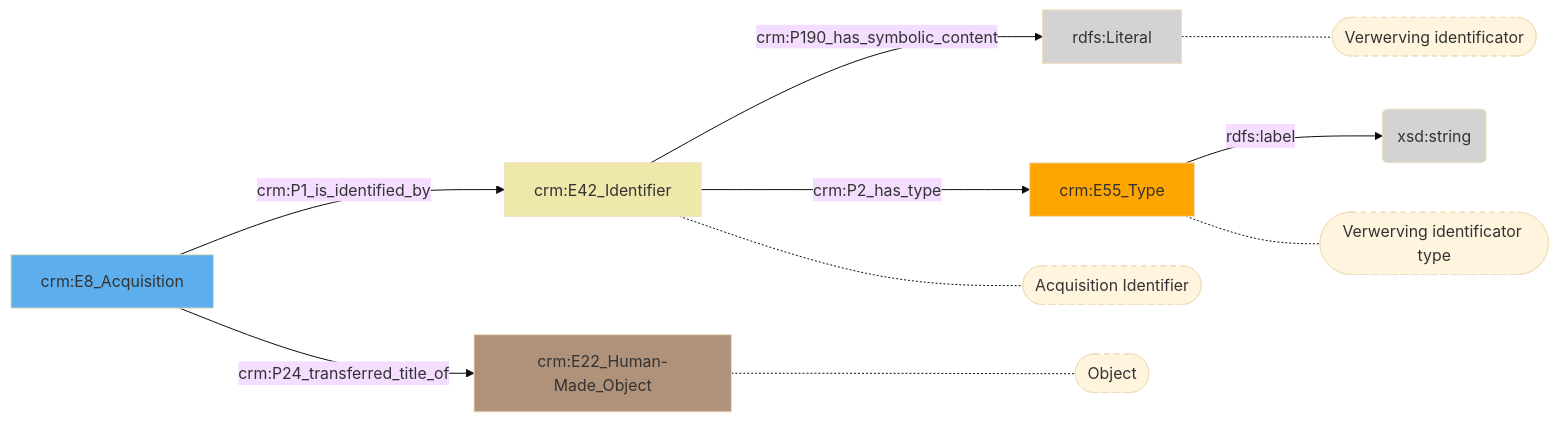
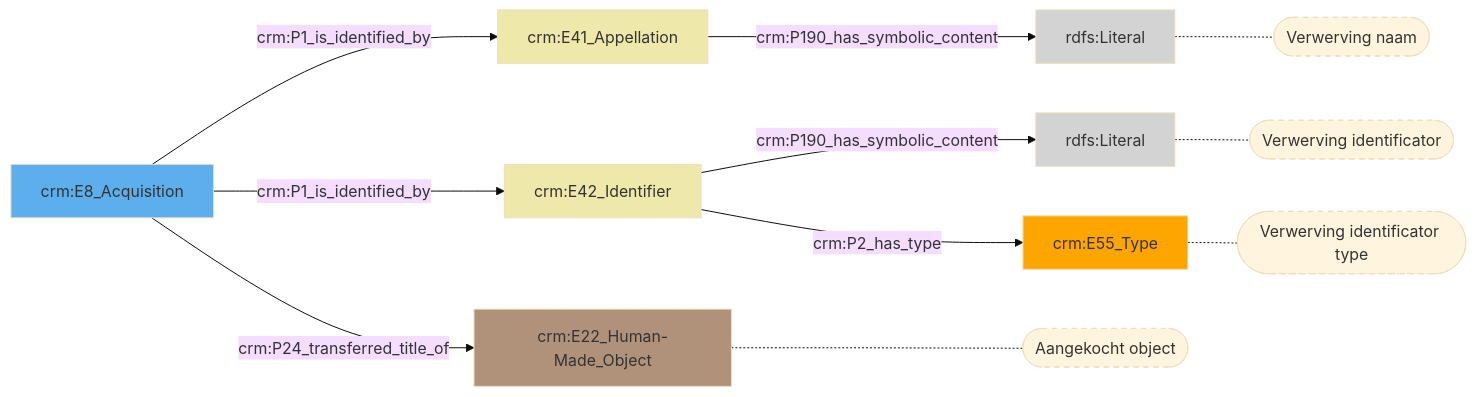
Before and after one commit to digipolisantwerpdocumentation/antwerp-cultureel-erfgoed: the diagram in docs/content/modellen/Acquisition/Identificatie.md, drawn with Mermaid (base theme). The commit also changed 170 other files, not shown here.

````diff
--- a/docs/content/modellen/Acquisition/Identificatie.md
+++ b/docs/content/modellen/Acquisition/Identificatie.md
@@ -1,22 +1,24 @@
 ```mermaid
 graph LR
+style 24843382-e542-11ee-8f1b-960002548b4f fill:#EEE8AA
+style 35be857b-e542-11ee-98ef-960002548b4f fill:#D3D3D3
+style 39e86e48-e994-11ed-9232-00163e71351b fill:#B0927A
+style 7b658ca8-d44e-11ed-9064-00163e71351b fill:#5DAEEC
+style b35a7c94-b086-11ee-b321-960002548b4f fill:#EEE8AA
+style b35a81b6-b086-11ee-a40a-960002548b4f fill:#D3D3D3
+style b35a82e2-b086-11ee-913f-960002548b4f fill:#ffa500
+24843382-e542-11ee-8f1b-960002548b4f["crm:E41_Appellation"]-->|"crm:P190_has_symbolic_content"|35be857b-e542-11ee-98ef-960002548b4f(rdfs:Literal)
 b35a7c94-b086-11ee-b321-960002548b4f["crm:E42_Identifier"]-->|"crm:P190_has_symbolic_content"|b35a81b6-b086-11ee-a40a-960002548b4f(rdfs:Literal)
-b35a82e2-b086-11ee-913f-960002548b4f["crm:E55_Type"]-->|"rdfs:label"|b35a8079-b086-11ee-a834-960002548b4f(xsd:string)
+7b658ca8-d44e-11ed-9064-00163e71351b["crm:E8_Acquisition"]-->|"crm:P1_is_identified_by"|24843382-e542-11ee-8f1b-960002548b4f["crm:E41_Appellation"]
 7b658ca8-d44e-11ed-9064-00163e71351b["crm:E8_Acquisition"]-->|"crm:P1_is_identified_by"|b35a7c94-b086-11ee-b321-960002548b4f["crm:E42_Identifier"]
 7b658ca8-d44e-11ed-9064-00163e71351b["crm:E8_Acquisition"]-->|"crm:P24_transferred_title_of"|39e86e48-e994-11ed-9232-00163e71351b["crm:E22_Human-Made_Object"]
 b35a7c94-b086-11ee-b321-960002548b4f["crm:E42_Identifier"]-->|"crm:P2_has_type"|b35a82e2-b086-11ee-913f-960002548b4f["crm:E55_Type"]
-b35a7c94-b086-11ee-b321-960002548b4f["crm:E42_Identifier"]-.-b35a7c94-b086-11ee-b321-960002548b4f_s(["Acquisition Identifier"])
-39e86e48-e994-11ed-9232-00163e71351b["crm:E22_Human-Made_Object"]-.-39e86e48-e994-11ed-9232-00163e71351b_s(["Object"])
+35be857b-e542-11ee-98ef-960002548b4f["rdfs:Literal"]-.-35be857b-e542-11ee-98ef-960002548b4f_s(["Verwerving naam"])
+39e86e48-e994-11ed-9232-00163e71351b["crm:E22_Human-Made_Object"]-.-39e86e48-e994-11ed-9232-00163e71351b_s(["Aangekocht object"])
 b35a81b6-b086-11ee-a40a-960002548b4f["rdfs:Literal"]-.-b35a81b6-b086-11ee-a40a-960002548b4f_s(["Verwerving identificator"])
 b35a82e2-b086-11ee-913f-960002548b4f["crm:E55_Type"]-.-b35a82e2-b086-11ee-913f-960002548b4f_s(["Verwerving identificator type"])
-style b35a7c94-b086-11ee-b321-960002548b4f_s stroke-dasharray: 5
+style 35be857b-e542-11ee-98ef-960002548b4f_s stroke-dasharray: 5
 style 39e86e48-e994-11ed-9232-00163e71351b_s stroke-dasharray: 5
 style b35a81b6-b086-11ee-a40a-960002548b4f_s stroke-dasharray: 5
 style b35a82e2-b086-11ee-913f-960002548b4f_s stroke-dasharray: 5
-style 39e86e48-e994-11ed-9232-00163e71351b fill:#B0927A
-style 7b658ca8-d44e-11ed-9064-00163e71351b fill:#5DAEEC
-style b35a7c94-b086-11ee-b321-960002548b4f fill:#EEE8AA
-style b35a8079-b086-11ee-a834-960002548b4f fill:#D3D3D3
-style b35a81b6-b086-11ee-a40a-960002548b4f fill:#D3D3D3
-style b35a82e2-b086-11ee-913f-960002548b4f fill:#ffa500
 ```
````
